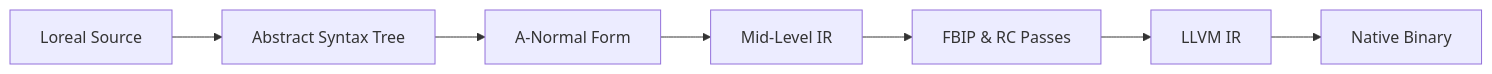
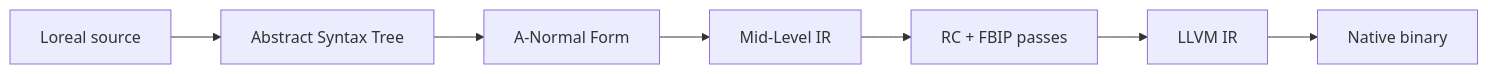
Before and after one commit to MasterBrian99/loreal: the second of 4 diagrams in Research_Paper.md, drawn with Mermaid. The commit also changed other lines of this file, not shown here.

````diff
--- a/Research_Paper.md
+++ b/Research_Paper.md
@@ -171,9 +172,9 @@
 ```mermaid
 graph LR
-    Source[Loreal Source] --> AST[Abstract Syntax Tree]
+    Source[Loreal source] --> AST[Abstract Syntax Tree]
     AST --> ANF[A-Normal Form]
     ANF --> MIR[Mid-Level IR]
-    MIR --> Opt[FBIP & RC Passes]
+    MIR --> Opt[RC + FBIP passes]
     Opt --> LLVM[LLVM IR]
-    LLVM --> Binary[Native Binary]
+    LLVM --> Binary[Native binary]
 ```
````
